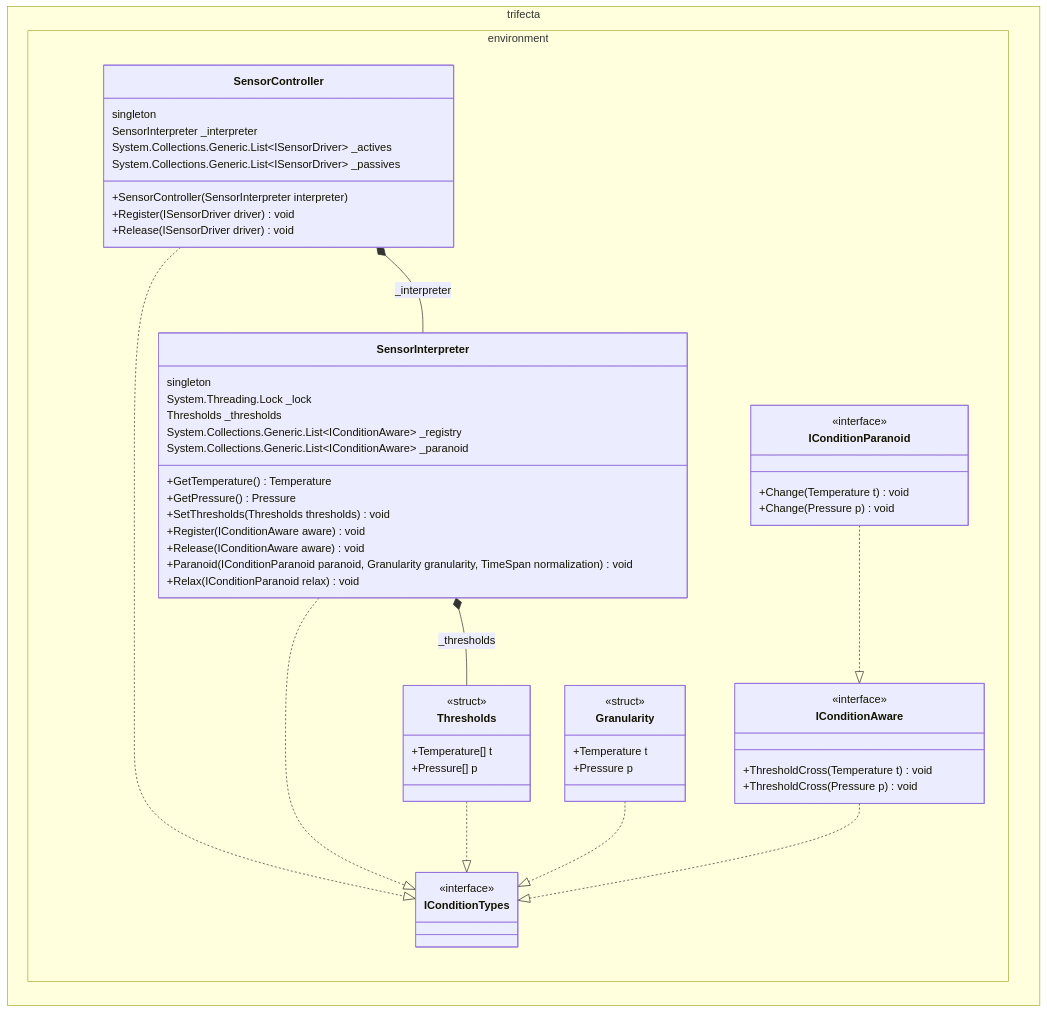
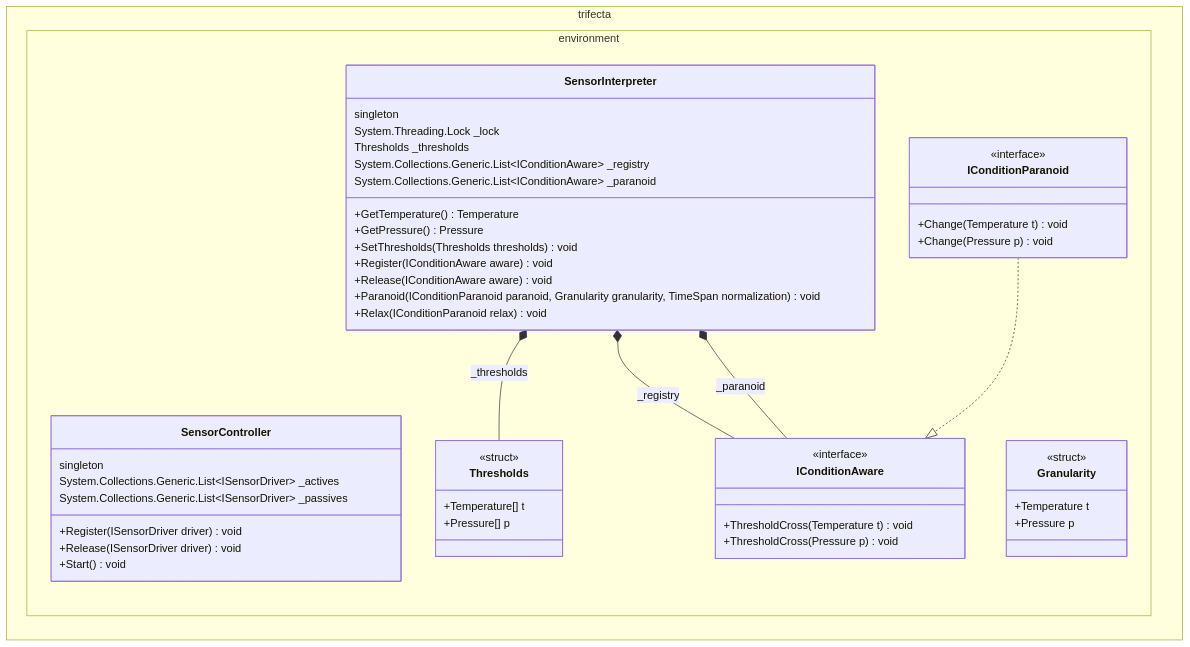
One commit to byron-hawkins/trifecta changed the diagram in doc/architecture/figures/sensor-awareness.md. Above: the diagram before and after it, drawn with Mermaid. The commit also changed 22 other files, not shown here.

Commit message:
update architecture docs

````diff
--- a/doc/architecture/figures/sensor-awareness.md
+++ b/doc/architecture/figures/sensor-awareness.md
@@ -3,59 +3,51 @@
 ```mermaid
 classDiagram
 namespace trifecta.environment {
   class SensorController {
     singleton
-    SensorInterpreter _interpreter
     System.Collections.Generic.List~ISensorDriver~ _actives
     System.Collections.Generic.List~ISensorDriver~ _passives
-    +SensorController(SensorInterpreter interpreter)
     +Register(ISensorDriver driver) void
     +Release(ISensorDriver driver) void
+    +Start() void
   }
   class SensorInterpreter {
     singleton
     System.Threading.Lock _lock
     Thresholds _thresholds
     System.Collections.Generic.List~IConditionAware~ _registry
     System.Collections.Generic.List~IConditionAware~ _paranoid
     +GetTemperature() Temperature
     +GetPressure() Pressure
     +SetThresholds(Thresholds thresholds) void
     +Register(IConditionAware aware) void
     +Release(IConditionAware aware) void
     +Paranoid(IConditionParanoid paranoid, Granularity granularity, TimeSpan normalization) void
     +Relax(IConditionParanoid relax) void
   }
   class Thresholds {
     <<struct>>
     +Temperature[] t
     +Pressure[] p
   }
   class Granularity {
     <<struct>>
     +Temperature t
     +Pressure p
   }
-  class IConditionTypes {
-    <<interface>>
-  }
   class IConditionAware {
     <<interface>>
     +ThresholdCross(Temperature t) void
     +ThresholdCross(Pressure p) void
   }
   class IConditionParanoid {
     <<interface>>
     +Change(Temperature t) void
     +Change(Pressure p) void
   }
 }
-SensorController *-- SensorInterpreter : _interpreter
-SensorController ..|> IConditionTypes
-SensorInterpreter ..|> IConditionTypes
 SensorInterpreter *-- Thresholds : _thresholds
-Thresholds ..|> IConditionTypes
-Granularity ..|> IConditionTypes
-IConditionAware ..|> IConditionTypes
+SensorInterpreter *-- IConditionAware : _registry
+SensorInterpreter *-- IConditionAware : _paranoid
 IConditionParanoid ..|> IConditionAware
 ```
````
